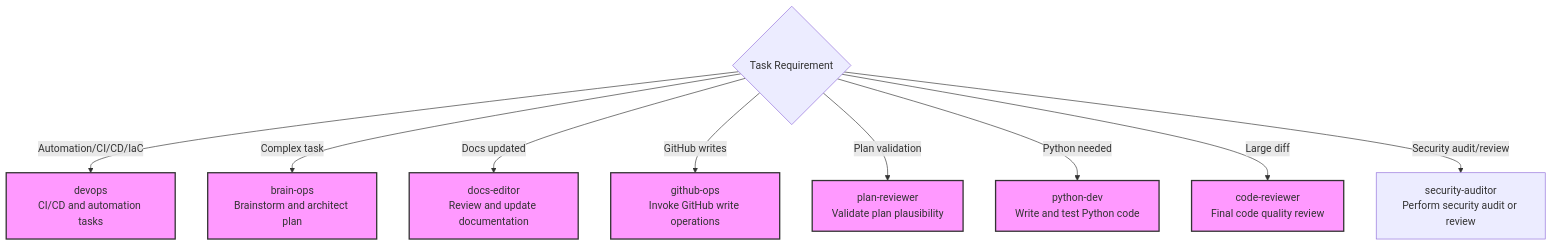
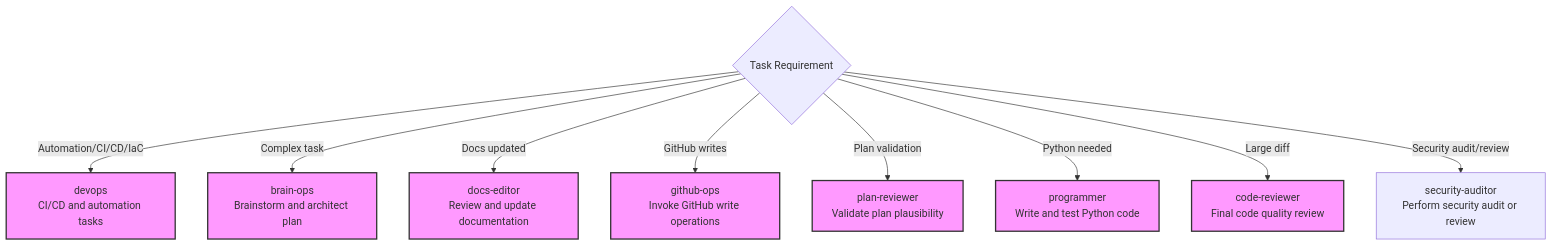
One commit to Cogni-AI-OU/cogni-ai-agentic-collections changed the second of 2 diagrams in skills/subagent-task/SKILL.md. Above: the diagram before and after it, drawn with Mermaid. The commit also changed other lines of this file and 9 other files, not shown here.

````diff
--- a/skills/subagent-task/SKILL.md
+++ b/skills/subagent-task/SKILL.md
@@ -67,16 +67,16 @@
 ```mermaid
 flowchart TD
     Trigger{Task Requirement}
 
     Trigger -->|Automation/CI/CD/IaC| DevOps["devops<br/>CI/CD and automation tasks"]
     Trigger -->|Complex task| Brain["brain-ops<br/>Brainstorm and architect plan"]
     Trigger -->|Docs updated| Docs["docs-editor<br/>Review and update documentation"]
     Trigger -->|GitHub writes| GHOps["github-ops<br/>Invoke GitHub write operations"]
     Trigger -->|Plan validation| PlanRev["plan-reviewer<br/>Validate plan plausibility"]
-    Trigger -->|Python needed| PyDev["python-dev<br/>Write and test Python code"]
+    Trigger -->|Python needed| Programmer["programmer<br/>Write and test Python code"]
     Trigger -->|Large diff| CodeRev["code-reviewer<br/>Final code quality review"]
     Trigger -->|Security audit/review| SecAud["security-auditor<br/>Perform security audit or review"]
 
     classDef scenario fill:#f9f,stroke:#333,stroke-width:2px;
-    class Docs,Brain,PyDev,GHOps,PlanRev,CodeRev,SecRev,DevOps scenario
+    class Docs,Brain,Programmer,GHOps,PlanRev,CodeRev,SecRev,DevOps scenario
 ```
````
